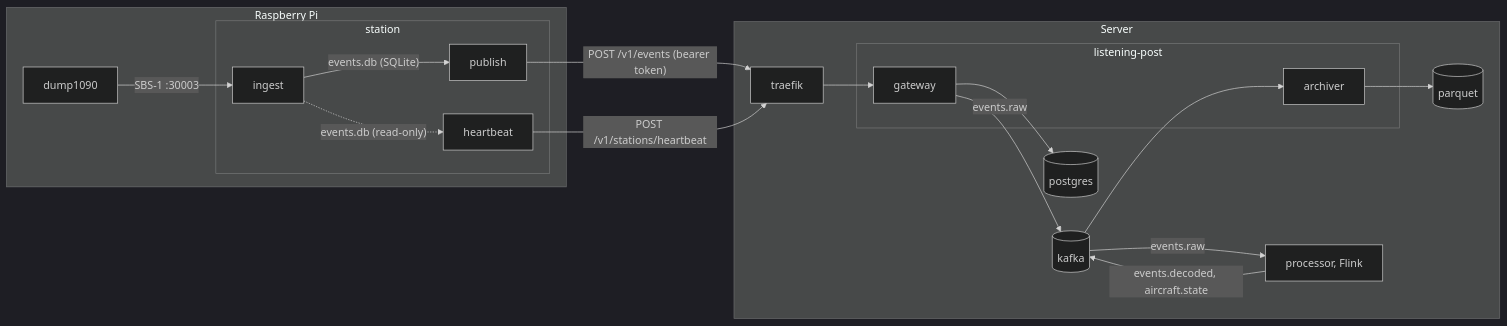
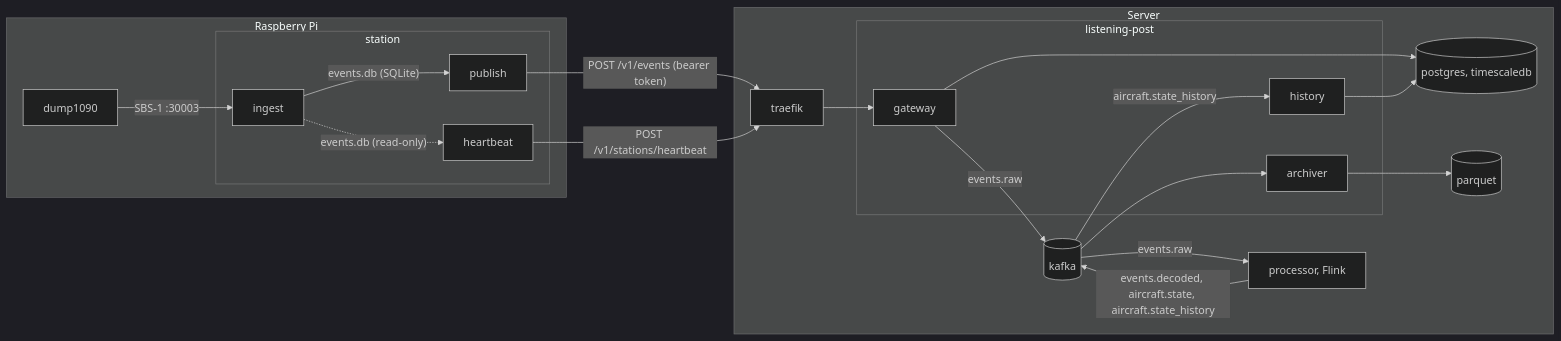
The diagram in README.md (matthew-vance/listening-post), drawn with Mermaid (dark theme) before and after one commit. The commit also changed other lines of this file and 19 other files, not shown here.

Commit message:
persist aircraft traces to timescaledb so flight paths can be drawn

````diff
--- a/README.md
+++ b/README.md
@@ -7,26 +7,28 @@
 ```mermaid
 flowchart LR
     subgraph pi [Raspberry Pi]
         subgraph station
             ingest
             publish
             heartbeat
         end
         dump1090 -- "SBS-1 :30003" --> ingest
         ingest -- "events.db (SQLite)" --> publish
         ingest -. "events.db (read-only)" .-> heartbeat
     end
     subgraph server [Server]
         subgraph binary [listening-post]
             gateway
             archiver
+            history
         end
         traefik --> gateway
-        gateway --> postgres[(postgres)]
+        gateway --> postgres[(postgres, timescaledb)]
         gateway -- "events.raw" --> kafka[(kafka)]
         kafka --> archiver --> archive[(parquet)]
-        kafka -- "events.raw" --> processor[processor, Flink] -- "events.decoded, aircraft.state" --> kafka
+        kafka -- "events.raw" --> processor[processor, Flink] -- "events.decoded, aircraft.state, aircraft.state_history" --> kafka
+        kafka -- "aircraft.state_history" --> history --> postgres
     end
     publish -- "POST /v1/events (bearer token)" --> traefik
     heartbeat -- "POST /v1/stations/heartbeat" --> traefik
 ```
````
